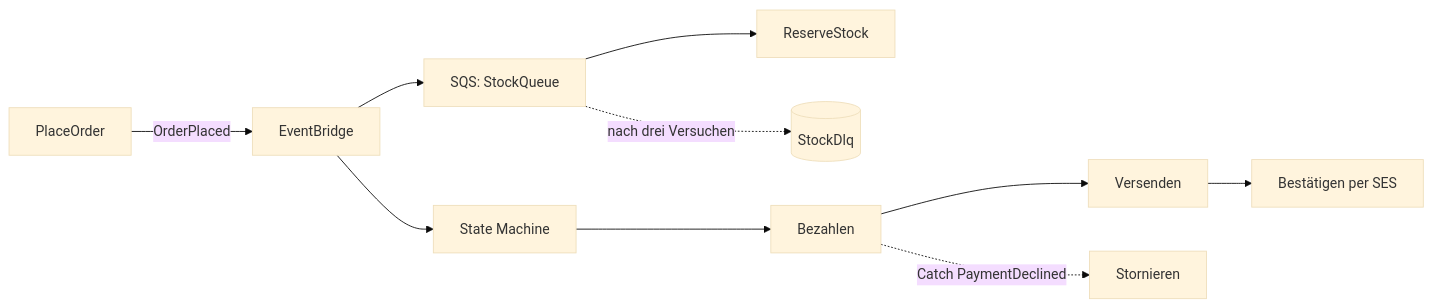
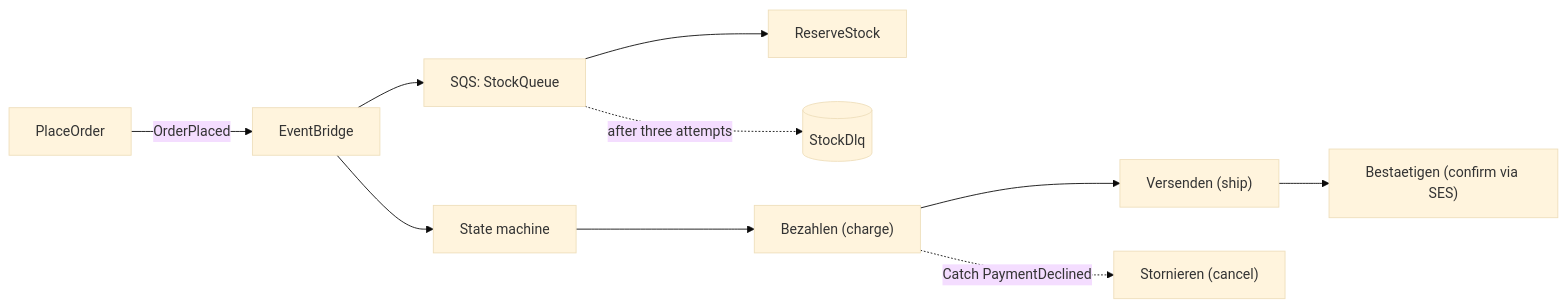
The diagram in exercises/18-aws-lab-fulfillment/README.md (MikeBild/introduction-aws), drawn with Mermaid (base theme) before and after one commit. The commit also changed other lines of this file and 617 other files, not shown here.

````diff
--- a/exercises/18-aws-lab-fulfillment/README.md
+++ b/exercises/18-aws-lab-fulfillment/README.md
@@ -9,9 +11,9 @@
 ```mermaid
 flowchart LR
   place["PlaceOrder"] -- "OrderPlaced" --> eb["EventBridge"]
   eb --> q["SQS: StockQueue"] --> stock["ReserveStock"]
-  q -. "nach drei Versuchen" .-> dlq[("StockDlq")]
-  eb --> sfn["State Machine"]
-  sfn --> pay["Bezahlen"] --> ship["Versenden"] --> mail["Bestätigen per SES"]
-  pay -. "Catch PaymentDeclined" .-> cancel["Stornieren"]
+  q -. "after three attempts" .-> dlq[("StockDlq")]
+  eb --> sfn["State machine"]
+  sfn --> pay["Bezahlen (charge)"] --> ship["Versenden (ship)"] --> mail["Bestaetigen (confirm via SES)"]
+  pay -. "Catch PaymentDeclined" .-> cancel["Stornieren (cancel)"]
 ```
````
